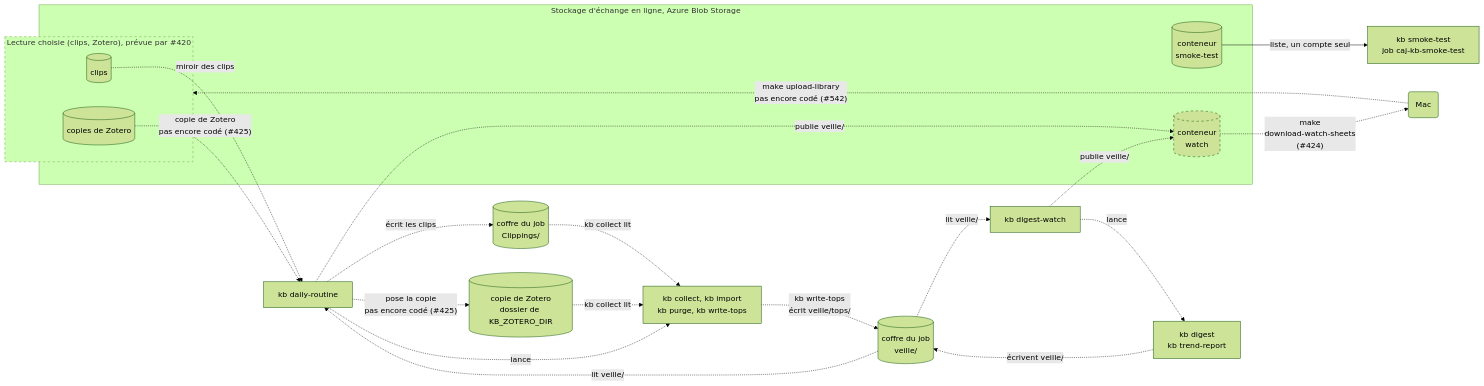
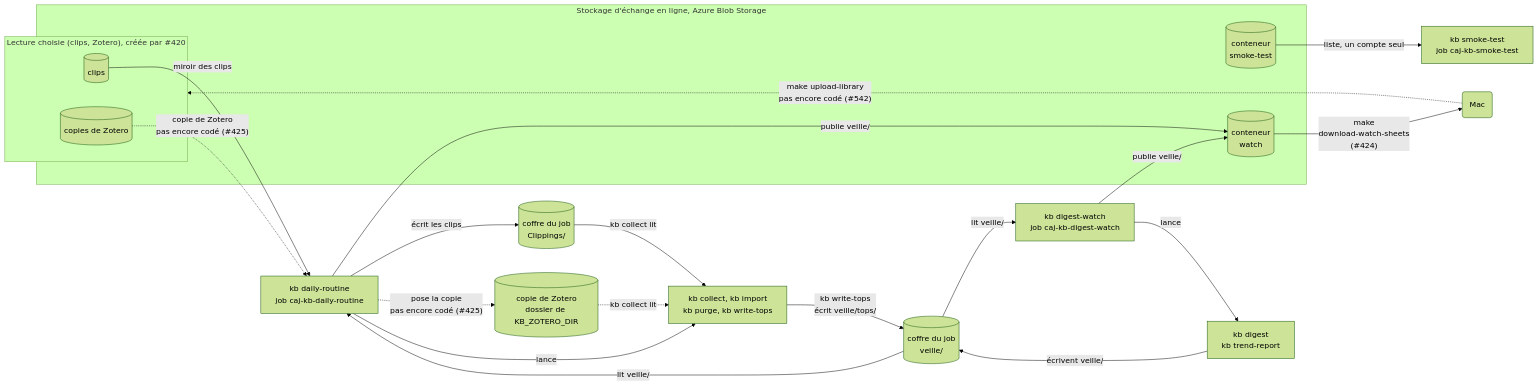
The third of 4 diagrams in documentation/architecture_pour_docu.md (SabineLaurent/K-B), drawn with Mermaid (forest theme) before and after one commit. The commit also changed other lines of this file and 4 other files, not shown here.

Commit message:
docs: write the two scheduled jobs as deployed in the README, the architecture sheets and the delivery sheet, the omission of issue 330 included, and cite issue 565 for the gap of the window (issue 423)

````diff
--- a/documentation/architecture_pour_docu.md
+++ b/documentation/architecture_pour_docu.md
@@ -114,39 +115,37 @@
 ```mermaid
 flowchart LR
     subgraph exchange["Stockage d'échange en ligne, Azure Blob Storage"]
         smokeContainer[("conteneur<br>smoke-test")]
-        subgraph choice["Lecture choisie (clips, Zotero), prévue par #420"]
+        subgraph choice["Lecture choisie (clips, Zotero), créée par #420"]
             choiceClips[("clips")]
             choiceZotero[("copies de Zotero")]
         end
         watchContainer[("conteneur<br>watch")]
     end
-    style choice stroke-dasharray: 5 5
-    style watchContainer stroke-dasharray: 5 5
     mac("Mac")
     smokeTest["kb smoke-test<br>job caj-kb-smoke-test"]
-    dailyRoutine["kb daily-routine"]
-    digestWatch["kb digest-watch"]
+    dailyRoutine["kb daily-routine<br>job caj-kb-daily-routine"]
+    digestWatch["kb digest-watch<br>job caj-kb-digest-watch"]
     clippings[("coffre du job<br>Clippings/")]
     zotero[("copie de Zotero<br>dossier de KB_ZOTERO_DIR")]
     vault[("coffre du job<br>veille/")]
     steps["kb collect, kb import<br>kb purge, kb write-tops"]
     digestSteps["kb digest<br>kb trend-report"]
     smokeContainer -->|"liste, un compte seul"| smokeTest
     mac -.->|"make upload-library<br>pas encore codé (#542)"| choice
-    choiceClips -.->|"miroir des clips"| dailyRoutine
-    dailyRoutine -.->|"écrit les clips"| clippings
+    choiceClips -->|"miroir des clips"| dailyRoutine
+    dailyRoutine -->|"écrit les clips"| clippings
     choiceZotero -.->|"copie de Zotero<br>pas encore codé (#425)"| dailyRoutine
     dailyRoutine -.->|"pose la copie<br>pas encore codé (#425)"| zotero
-    dailyRoutine -.->|"lance"| steps
-    digestWatch -.->|"lance"| digestSteps
-    clippings -.->|"kb collect lit"| steps
+    dailyRoutine -->|"lance"| steps
+    digestWatch -->|"lance"| digestSteps
+    clippings -->|"kb collect lit"| steps
     zotero -.->|"kb collect lit"| steps
-    steps -.->|"kb write-tops<br>écrit veille/tops/"| vault
-    digestSteps -.->|"écrivent veille/"| vault
-    vault -.->|"lit veille/"| dailyRoutine
-    vault -.->|"lit veille/"| digestWatch
-    dailyRoutine -.->|"publie veille/"| watchContainer
-    digestWatch -.->|"publie veille/"| watchContainer
-    watchContainer -.->|"make<br>download-watch-sheets<br>(#424)"| mac
+    steps -->|"kb write-tops<br>écrit veille/tops/"| vault
+    digestSteps -->|"écrivent veille/"| vault
+    vault -->|"lit veille/"| dailyRoutine
+    vault -->|"lit veille/"| digestWatch
+    dailyRoutine -->|"publie veille/"| watchContainer
+    digestWatch -->|"publie veille/"| watchContainer
+    watchContainer -->|"make<br>download-watch-sheets<br>(#424)"| mac
 ```
````
